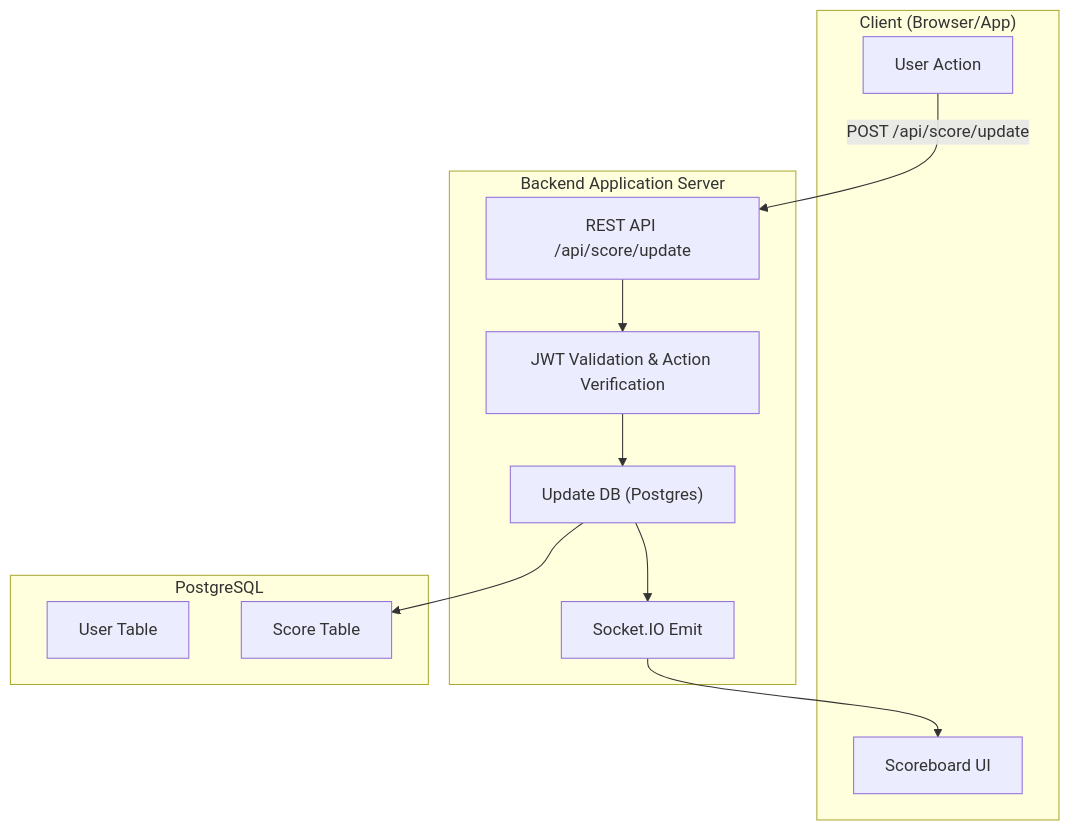
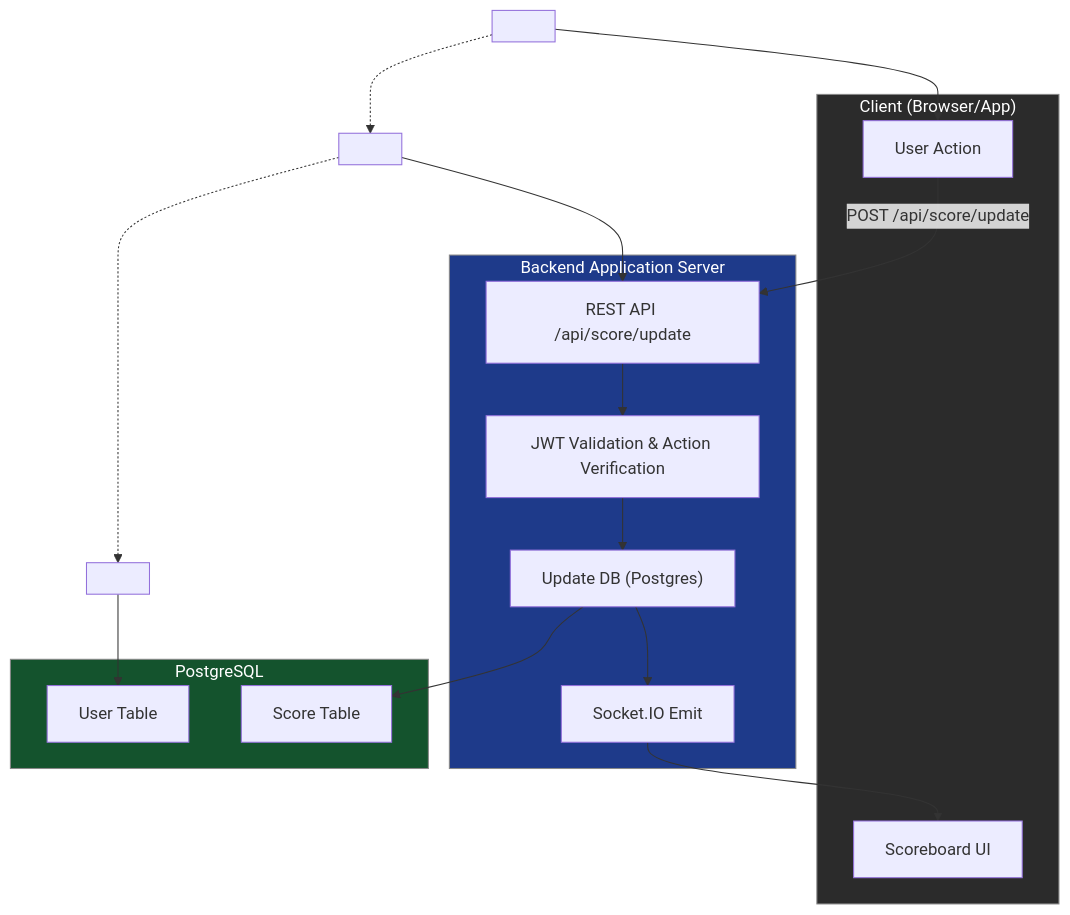
One commit to lvhoanthanh/react-login changed the diagram in backend/readme.md. Above: the diagram before and after it, drawn with Mermaid.

````diff
--- a/backend/readme.md
+++ b/backend/readme.md
@@ -185,30 +185,38 @@
 ```mermaid
 flowchart TB
+
+    %% Dummy để giữ layout 3 cột
+    C0[ ] -.-> B0[ ] -.-> D0[ ]
 
     %% Cột 1: Client
     subgraph Client["Client (Browser/App)"]
         A1["User Action"]
         A2["Scoreboard UI"]
     end
+    style Client fill:#2b2b2b,stroke:#888,color:#fff
+    C0 --> A1
 
     %% Cột 2: Backend
     subgraph Backend["Backend Application Server"]
         B1["REST API /api/score/update"]
         B2["JWT Validation & Action Verification"]
         B3["Update DB (Postgres)"]
         B4["Socket.IO Emit"]
     end
+    style Backend fill:#1e3a8a,stroke:#888,color:#fff
+    B0 --> B1
 
     %% Cột 3: Database
     subgraph DB["PostgreSQL"]
         D1["User Table"]
         D2["Score Table"]
     end
+    style DB fill:#14532d,stroke:#888,color:#fff
+    D0 --> D1
 
-    %% Luồng xử lý
+    %% Flow
     A1 -->|POST /api/score/update| B1
     B1 --> B2 --> B3 --> D2
     B3 --> B4 --> A2
 
-
 ```
````
